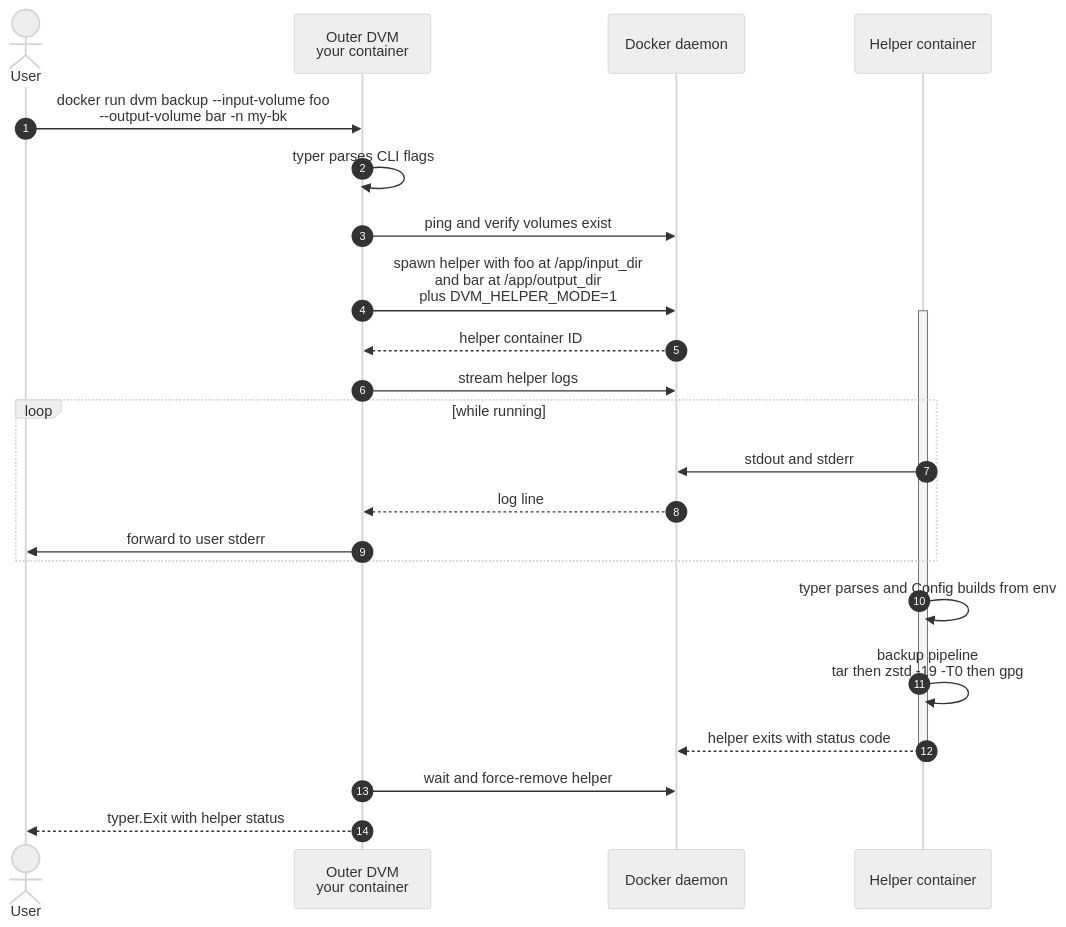
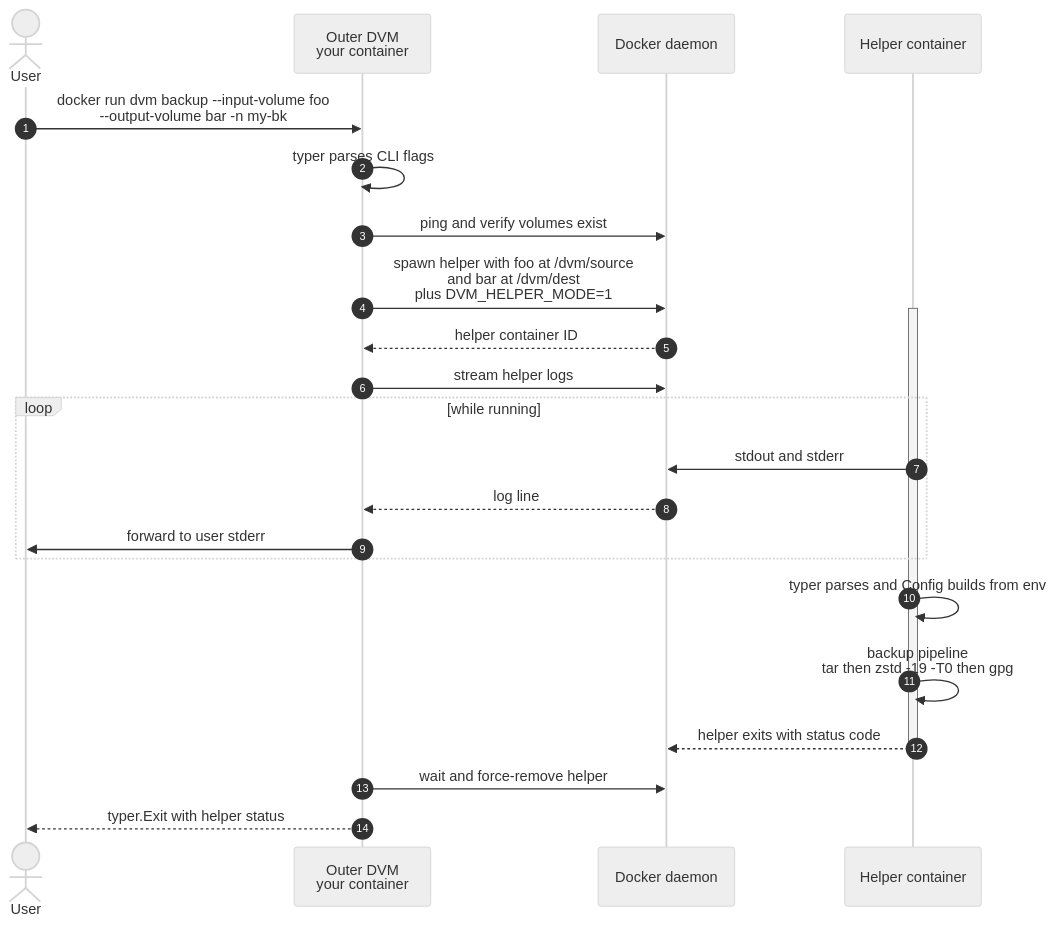
The second of 2 diagrams in README.md (lpgonzalez/docker-volume-manager), drawn with Mermaid (neutral theme) before and after one commit. The commit also changed other lines of this file and 11 other files, not shown here.

First line of the commit message:
refactor!: move in-container mounts to /dvm/source//dvm/dest; fix restore default

````diff
--- a/README.md
+++ b/README.md
@@ -601,27 +601,27 @@
 ```mermaid
 sequenceDiagram
     autonumber
     actor User
     participant Outer as Outer DVM<br/>your container
     participant Daemon as Docker daemon
     participant Helper as Helper container
 
     User->>Outer: docker run dvm backup --input-volume foo<br/>--output-volume bar -n my-bk
     Outer->>Outer: typer parses CLI flags
     Outer->>Daemon: ping and verify volumes exist
-    Outer->>Daemon: spawn helper with foo at /app/input_dir<br/>and bar at /app/output_dir<br/>plus DVM_HELPER_MODE=1
+    Outer->>Daemon: spawn helper with foo at /dvm/source<br/>and bar at /dvm/dest<br/>plus DVM_HELPER_MODE=1
     activate Helper
     Daemon-->>Outer: helper container ID
     Outer->>Daemon: stream helper logs
     loop while running
         Helper->>Daemon: stdout and stderr
         Daemon-->>Outer: log line
         Outer->>User: forward to user stderr
     end
     Helper->>Helper: typer parses and Config builds from env
     Helper->>Helper: backup pipeline<br/>tar then zstd -19 -T0 then gpg
     Helper-->>Daemon: helper exits with status code
     deactivate Helper
     Outer->>Daemon: wait and force-remove helper
     Outer-->>User: typer.Exit with helper status
 ```
````
